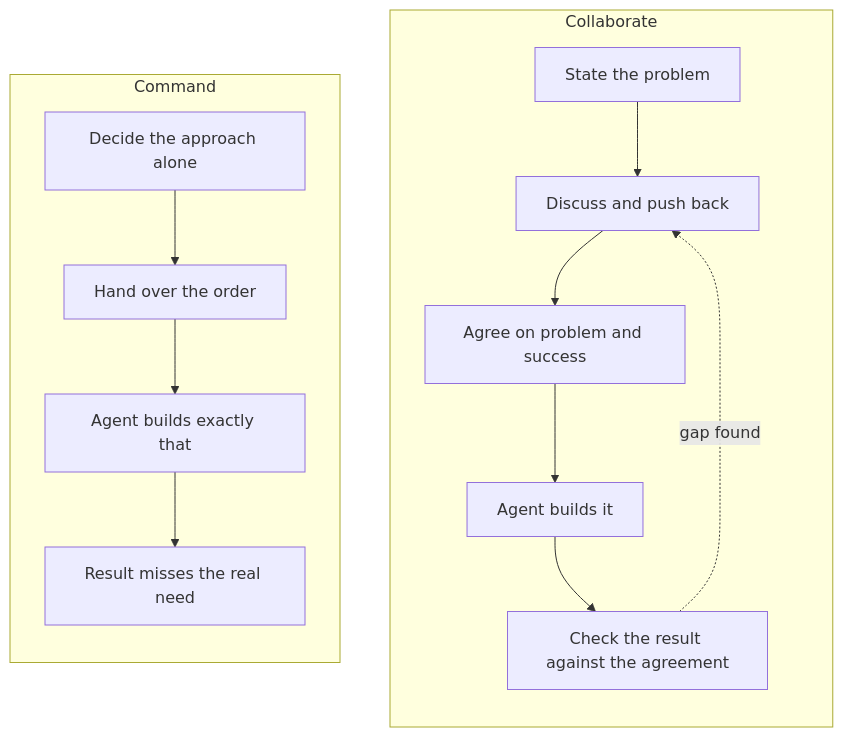
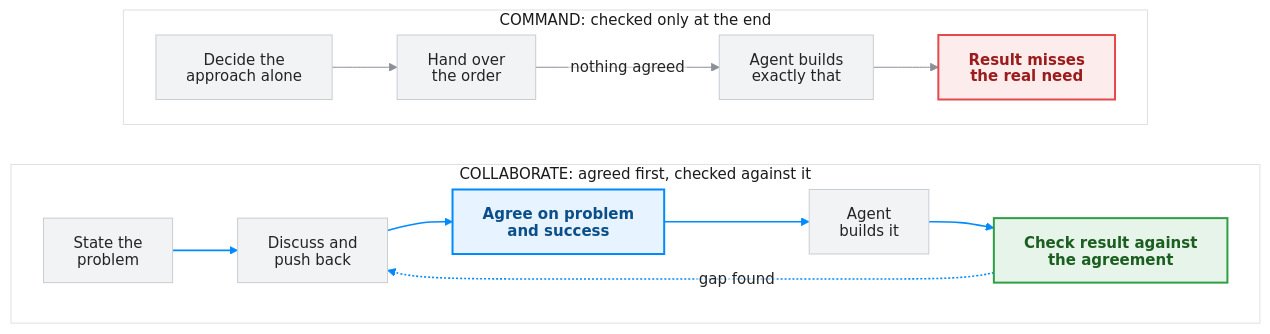
The diagram in _posts/2026-09-27-collaborate-with-your-ai-agent.md (vikrantjain/vikrantjain.github.io), drawn with Mermaid before and after one commit.

Commit message:
posts: restyle the command vs collaborate diagram
Colour the failed result, the agreement and the check. Lay both styles
out as rows, and pin every box colour so dark previews stay readable.

````diff
--- a/_posts/2026-09-27-collaborate-with-your-ai-agent.md
+++ b/_posts/2026-09-27-collaborate-with-your-ai-agent.md
@@ -59,18 +59,51 @@
 ```mermaid
-flowchart LR
-  subgraph Command["Command"]
-    direction TB
-    A1["Decide the approach alone"] --> A2["Hand over the order"]
-    A2 --> A3["Agent builds exactly that"]
-    A3 --> A4["Result misses the real need"]
+---
+config:
+  theme: base
+  htmlLabels: false
+  themeVariables:
+    fontFamily: "Inter, -apple-system, BlinkMacSystemFont, Roboto, Helvetica, Arial, sans-serif"
+    fontSize: "15px"
+    primaryColor: "#f1f3f5"
+    primaryBorderColor: "#c9cdd2"
+    primaryTextColor: "#242424"
+    lineColor: "#8a8f98"
+    clusterBkg: "#ffffff"
+    clusterBorder: "#e0e0e0"
+    titleColor: "#1a1a1a"
+    edgeLabelBackground: "#ffffff"
+  flowchart:
+    curve: basis
+    nodeSpacing: 30
+    rankSpacing: 40
+---
+flowchart TB
+  subgraph Command["COMMAND: checked only at the end"]
+    direction LR
+    A1["Decide the<br/>approach alone"] --> A2["Hand over<br/>the order"]
+    A2 -- "nothing agreed" --> A3["Agent builds<br/>exactly that"]
+    A3 --> A4["`**Result misses**
+**the real need**`"]
   end
-  subgraph Collaborate["Collaborate"]
-    direction TB
-    B1["State the problem"] --> B2["Discuss and push back"]
-    B2 --> B3["Agree on problem and success"]
-    B3 --> B4["Agent builds it"]
-    B4 --> B5["Check the result against the agreement"]
+  subgraph Collaborate["COLLABORATE: agreed first, checked against it"]
+    direction LR
+    B1["State the<br/>problem"] --> B2["Discuss and<br/>push back"]
+    B2 --> B3["`**Agree on problem**
+**and success**`"]
+    B3 --> B4["Agent<br/>builds it"]
+    B4 --> B5["`**Check result against**
+**the agreement**`"]
     B5 -. "gap found" .-> B2
   end
   Command ~~~ Collaborate
+  classDef default fill:#f1f3f5,stroke:#c9cdd2,color:#242424
+  style Command fill:#ffffff,stroke:#e0e0e0,color:#1a1a1a
+  style Collaborate fill:#ffffff,stroke:#e0e0e0,color:#1a1a1a
+  classDef fail fill:#fdecec,stroke:#e5484d,color:#9b1c1c,stroke-width:2px
+  classDef agree fill:#e7f3ff,stroke:#008AFF,color:#0b4f8a,stroke-width:2px
+  classDef check fill:#e6f4ea,stroke:#2f9e44,color:#1b5e20,stroke-width:2px
+  class A4 fail
+  class B3 agree
+  class B5 check
+  linkStyle 3,4,5,6,7 stroke:#008AFF,stroke-width:1.6px
 ```
````
